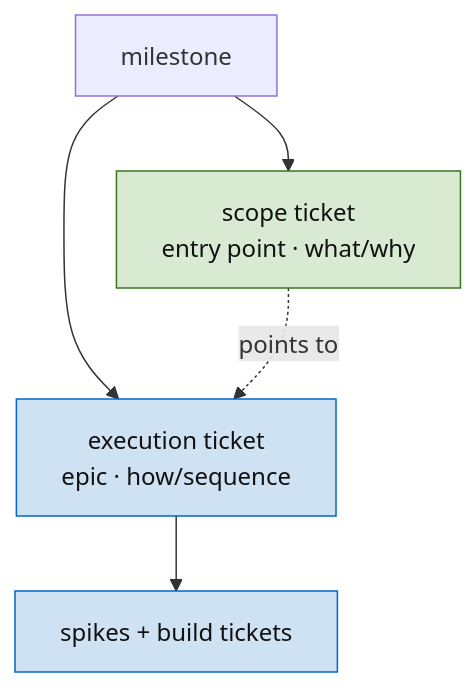
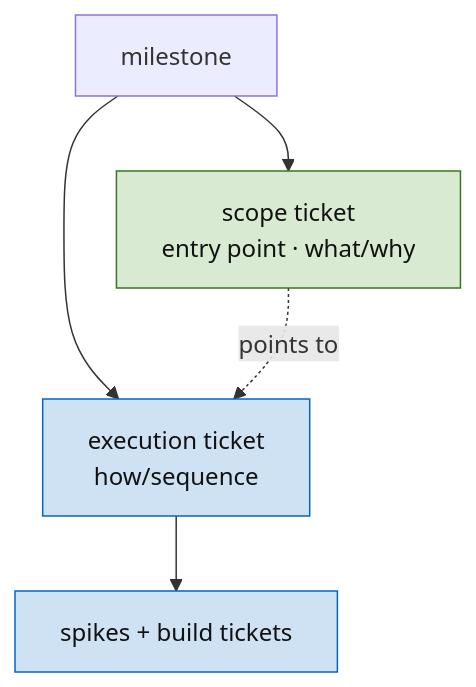
Before and after one commit to hypermemetic-ai/skills: the diagram in skills/ticketing/SKILL.md, drawn with Mermaid. The commit also changed other lines of this file and 19 other files, not shown here.

````diff
--- a/skills/ticketing/SKILL.md
+++ b/skills/ticketing/SKILL.md
@@ -30,11 +30,11 @@
 ```mermaid
 graph TD
   MIL["milestone"] --> SCO["scope ticket<br/>entry point · what/why"]
-  MIL --> EXE["execution ticket<br/>epic · how/sequence"]
+  MIL --> EXE["execution ticket<br/>how/sequence"]
   SCO -.->|"points to"| EXE
   EXE --> WRK["spikes + build tickets"]
   classDef canon fill:#d9ead3,stroke:#38761d,color:#111;
   classDef ex fill:#cfe2f3,stroke:#0066cc,color:#111;
   class SCO canon;
   class EXE,WRK ex;
 ```
````
